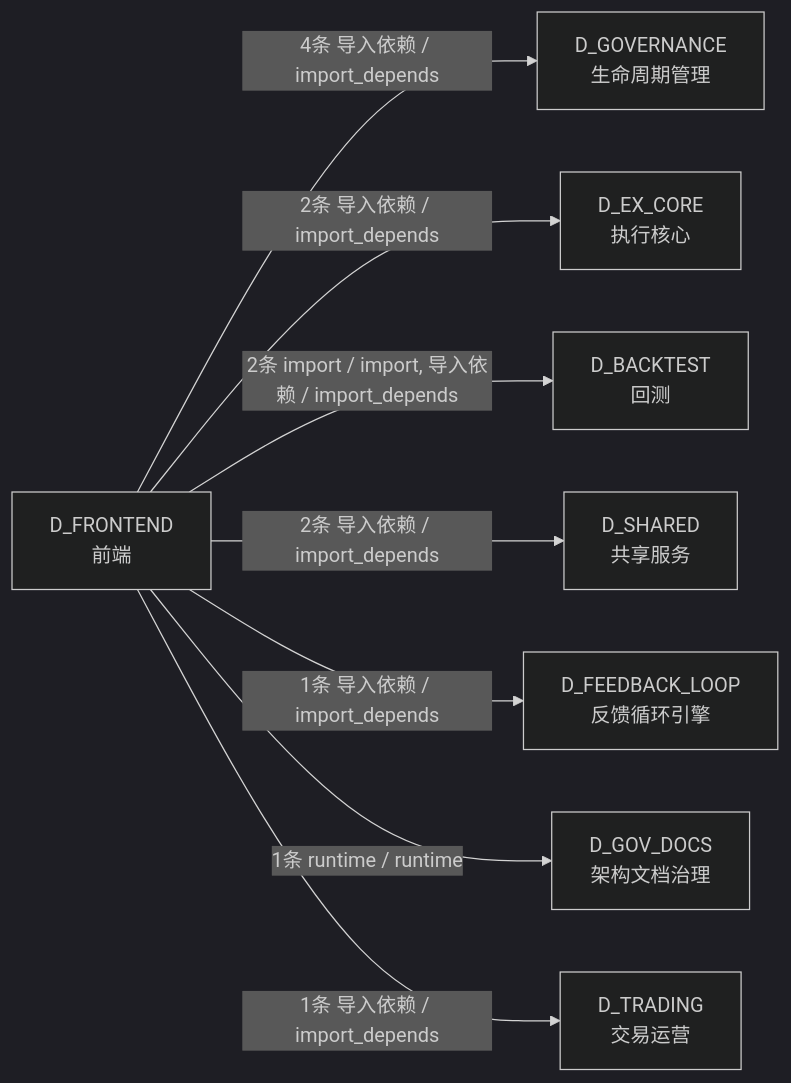
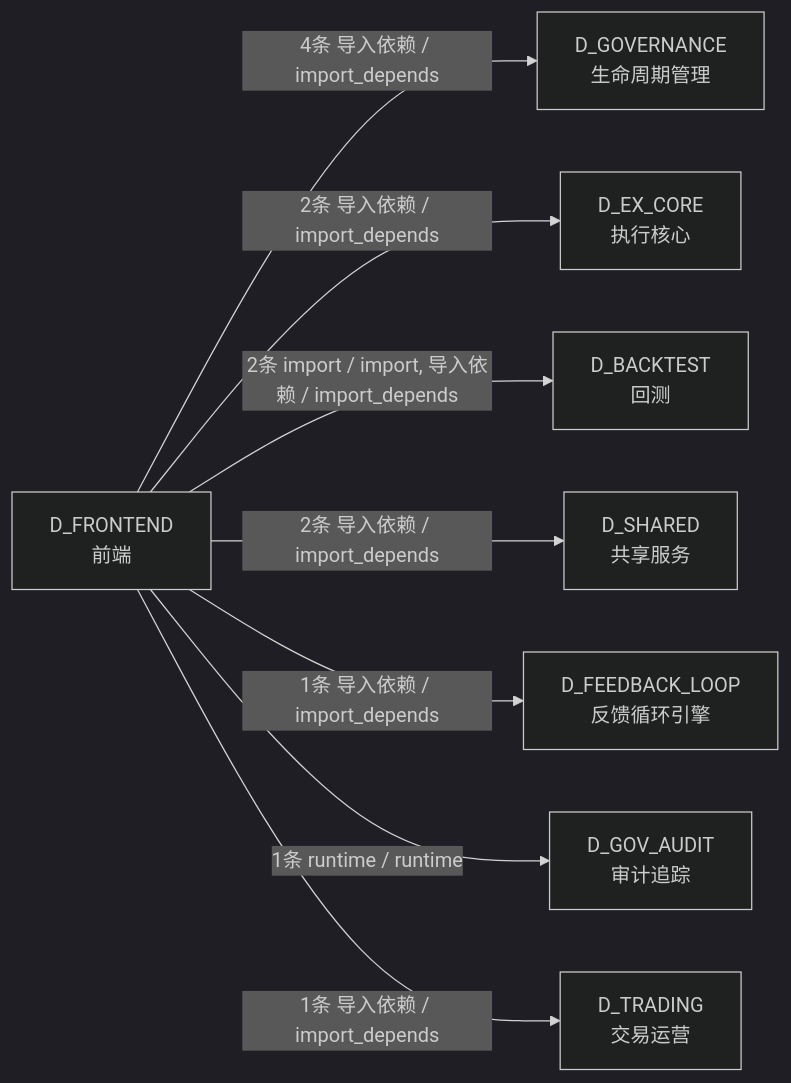
One commit to xuanFelixVan/ZephyrAlpha changed the fifth of 5 diagrams in docs/02_enterprise_architecture/02_domain_architecture_docs/15_d_frontend.md. Above: the diagram before and after it, drawn with Mermaid (dark theme). The commit also changed other lines of this file and 116 other files, not shown here.

````diff
--- a/docs/02_enterprise_architecture/02_domain_architecture_docs/15_d_frontend.md
+++ b/docs/02_enterprise_architecture/02_domain_architecture_docs/15_d_frontend.md
@@ -290,18 +291,18 @@
 ```mermaid
 graph LR
     D_FRONTEND["D_FRONTEND<br/>前端"]
     D_GOVERNANCE["D_GOVERNANCE<br/>生命周期管理"]
     D_EX_CORE["D_EX_CORE<br/>执行核心"]
     D_BACKTEST["D_BACKTEST<br/>回测"]
     D_SHARED["D_SHARED<br/>共享服务"]
     D_FEEDBACK_LOOP["D_FEEDBACK_LOOP<br/>反馈循环引擎"]
-    D_GOV_DOCS["D_GOV_DOCS<br/>架构文档治理"]
+    D_GOV_AUDIT["D_GOV_AUDIT<br/>审计追踪"]
     D_TRADING["D_TRADING<br/>交易运营"]
     D_FRONTEND -->|4条 导入依赖 / import_depends| D_GOVERNANCE
     D_FRONTEND -->|2条 导入依赖 / import_depends| D_EX_CORE
     D_FRONTEND -->|2条 import / import, 导入依赖 / import_depends| D_BACKTEST
     D_FRONTEND -->|2条 导入依赖 / import_depends| D_SHARED
     D_FRONTEND -->|1条 导入依赖 / import_depends| D_FEEDBACK_LOOP
-    D_FRONTEND -->|1条 runtime / runtime| D_GOV_DOCS
+    D_FRONTEND -->|1条 runtime / runtime| D_GOV_AUDIT
     D_FRONTEND -->|1条 导入依赖 / import_depends| D_TRADING
 ```
````
